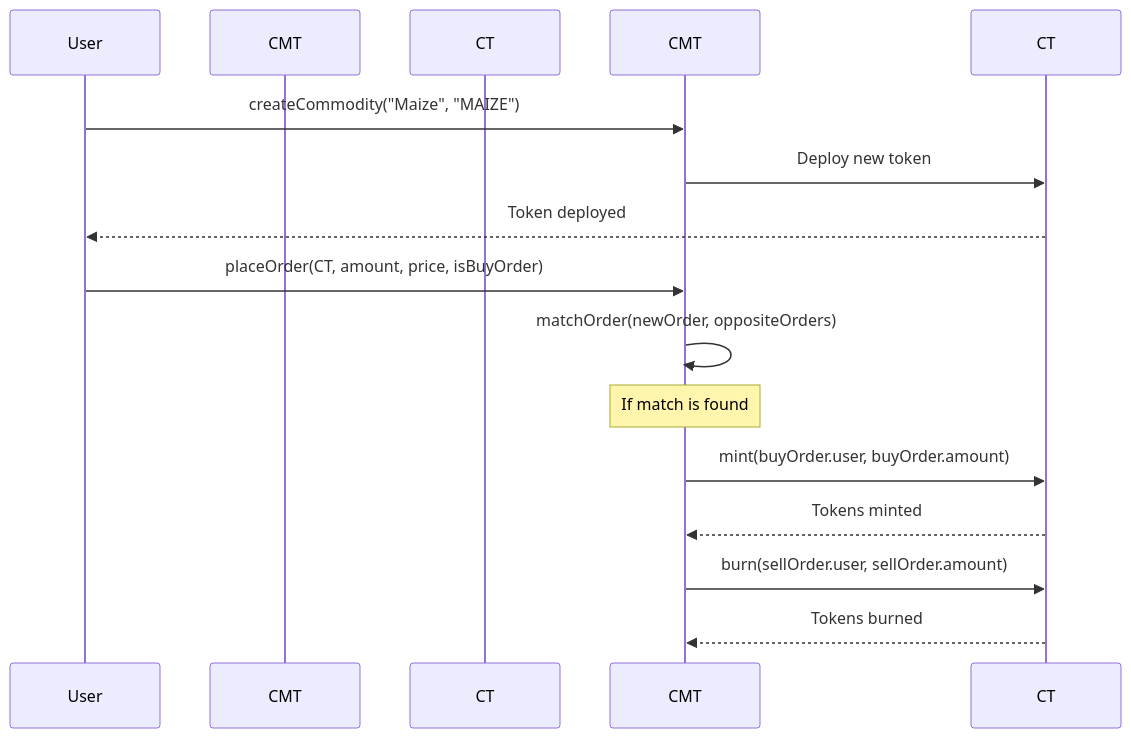
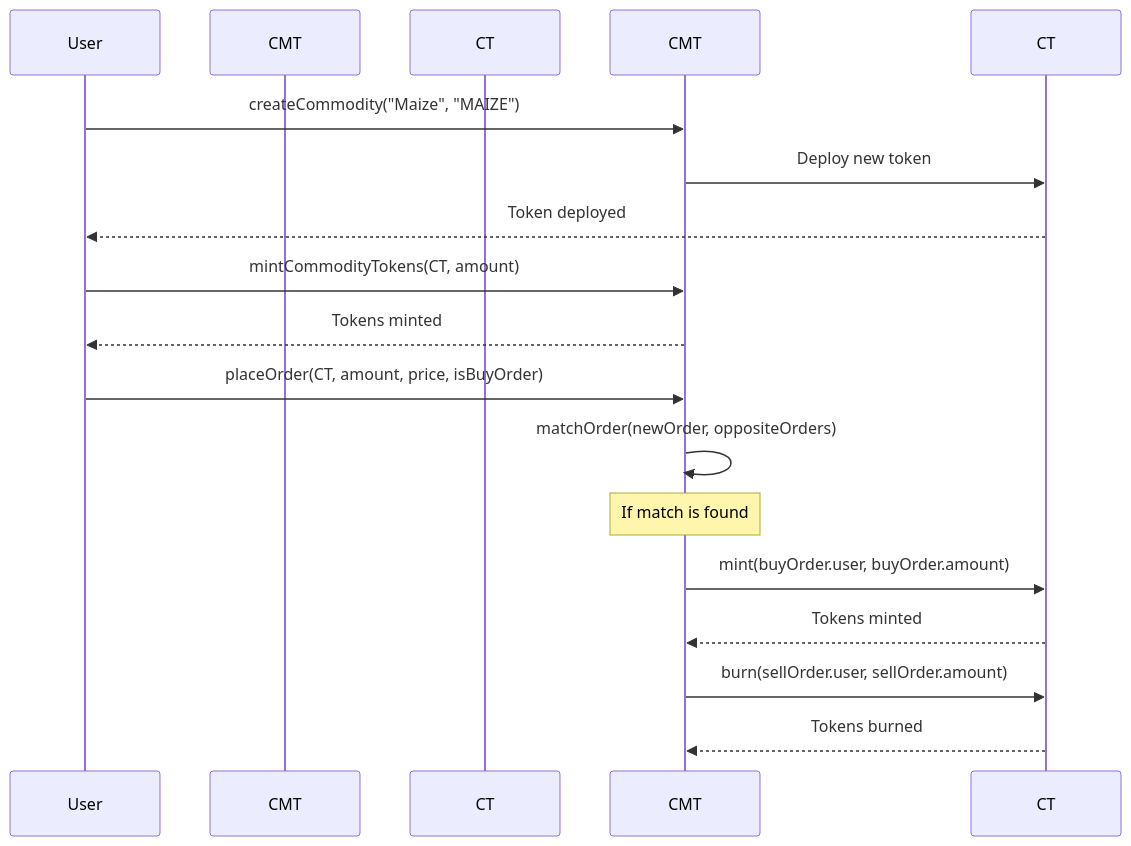
Before and after one commit to market-ticker/CMT: the second of 2 diagrams in README.md, drawn with Mermaid. The commit also changed other lines of this file, not shown here.

Commit message:
UPDATE: diagram

````diff
--- a/README.md
+++ b/README.md
@@ -37,16 +36,18 @@
 ```mermaid
 sequenceDiagram
   participant User
   participant CommoditiesMarketTicker as CMT
   participant CommodityToken as CT
   User->>CMT: createCommodity("Maize", "MAIZE")
   CMT->>CT: Deploy new token
   CT-->>User: Token deployed
+  User->>CMT: mintCommodityTokens(CT, amount)
+  CMT-->>User: Tokens minted
   User->>CMT: placeOrder(CT, amount, price, isBuyOrder)
   CMT->>CMT: matchOrder(newOrder, oppositeOrders)
   Note over CMT: If match is found
   CMT->>CT: mint(buyOrder.user, buyOrder.amount)
   CT-->>CMT: Tokens minted
   CMT->>CT: burn(sellOrder.user, sellOrder.amount)
   CT-->>CMT: Tokens burned
 ```
````
